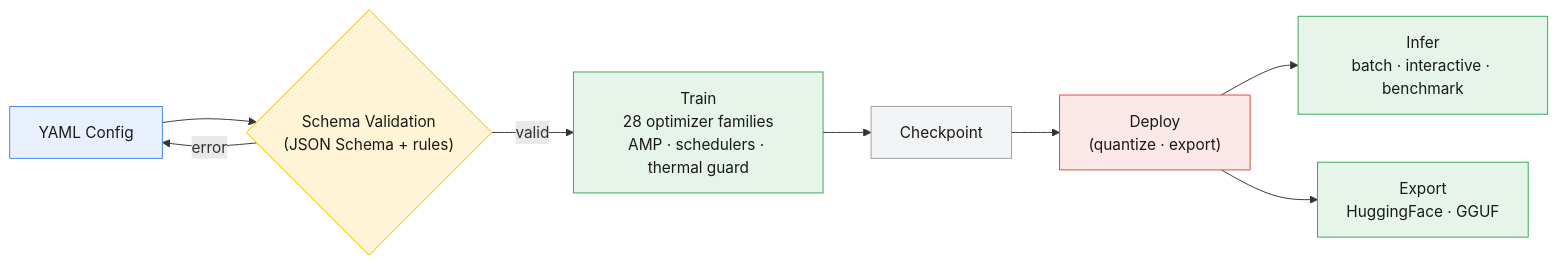
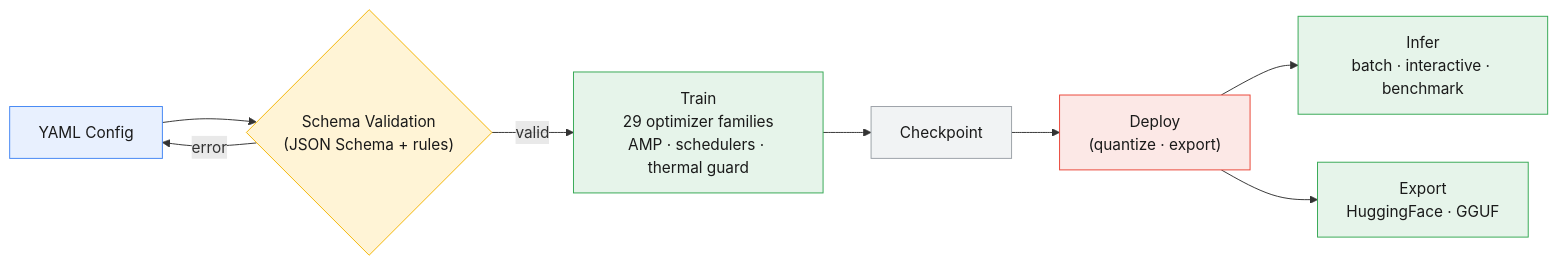
Before and after one commit to erickfmm/frankenstein-transformer: the first of 2 diagrams in README.md, drawn with Mermaid. The commit also changed other lines of this file and 24 other files, not shown here.

````diff
--- a/README.md
+++ b/README.md
@@ -24,18 +24,18 @@
 ```mermaid
 flowchart LR
     A["YAML Config"] --> B{"Schema Validation<br/>(JSON Schema + rules)"}
-    B -- valid --> C["Train<br/>28 optimizer families<br/>AMP · schedulers · thermal guard"]
+    B -- valid --> C["Train<br/>29 optimizer families<br/>AMP · schedulers · thermal guard"]
     B -- error --> A
     C --> D["Checkpoint"]
     D --> E["Deploy<br/>(quantize · export)"]
     E --> F["Infer<br/>batch · interactive · benchmark"]
     E --> G["Export<br/>HuggingFace · GGUF"]
 
     style A fill:#e8f0fe,stroke:#4285f4,color:#1a1a1a
     style B fill:#fff4d6,stroke:#f4b400,color:#1a1a1a
     style C fill:#e6f4ea,stroke:#34a853,color:#1a1a1a
     style D fill:#f1f3f4,stroke:#9aa0a6,color:#1a1a1a
     style E fill:#fce8e6,stroke:#ea4335,color:#1a1a1a
     style F fill:#e6f4ea,stroke:#34a853,color:#1a1a1a
     style G fill:#e6f4ea,stroke:#34a853,color:#1a1a1a
 ```
````
